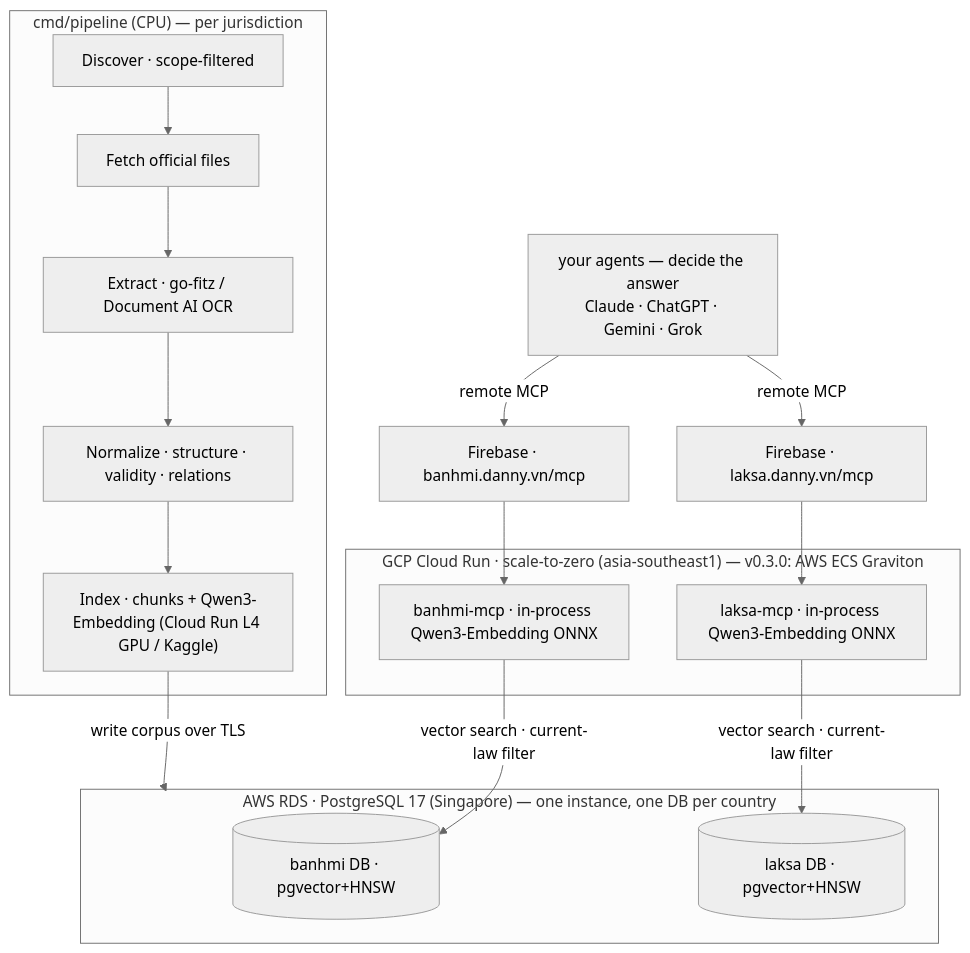
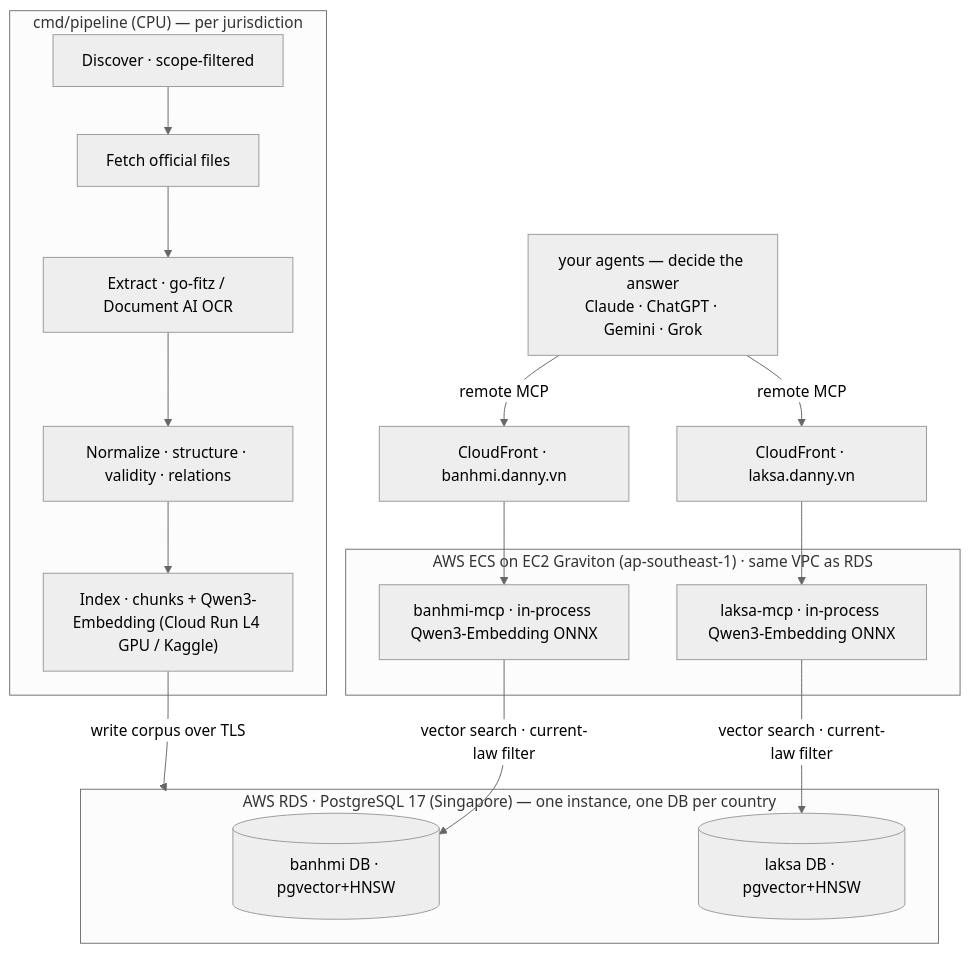
The diagram in README.md (dannyota/banhmi), drawn with Mermaid (neutral theme) before and after one commit. The commit also changed other lines of this file and 5 other files, not shown here.

First line of the commit message:
docs: GCP teardown complete — AWS is sole prod, canonical DB names

````diff
--- a/README.md
+++ b/README.md
@@ -89,26 +89,26 @@
 ```mermaid
 flowchart TB
   subgraph LOCAL["cmd/pipeline (CPU) — per jurisdiction"]
     DISC["Discover · scope-filtered"] --> DL["Fetch official files"]
     DL --> EXT["Extract · go-fitz / Document AI OCR"]
     EXT --> NORM["Normalize · structure · validity · relations"]
     NORM --> IDX["Index · chunks + Qwen3-Embedding (Cloud Run L4 GPU / Kaggle)"]
   end
 
   subgraph RDS["AWS RDS · PostgreSQL 17 (Singapore) — one instance, one DB per country"]
     PGVN[("banhmi DB · pgvector+HNSW")]
     PGMY[("laksa DB · pgvector+HNSW")]
   end
 
-  subgraph CR["GCP Cloud Run · scale-to-zero (asia-southeast1) — v0.3.0: AWS ECS Graviton"]
+  subgraph ECS["AWS ECS on EC2 Graviton (ap-southeast-1) · same VPC as RDS"]
     MCPVN["banhmi-mcp · in-process Qwen3-Embedding ONNX"]
     MCPMY["laksa-mcp · in-process Qwen3-Embedding ONNX"]
   end
 
   IDX -->|write corpus over TLS| RDS
   MCPVN -->|vector search · current-law filter| PGVN
   MCPMY -->|vector search · current-law filter| PGMY
-  FBVN["Firebase · banhmi.danny.vn/mcp"] --> MCPVN
-  FBMY["Firebase · laksa.danny.vn/mcp"] --> MCPMY
-  USERS["your agents — decide the answer<br/>Claude · ChatGPT · Gemini · Grok"] -->|remote MCP| FBVN & FBMY
+  CFVN["CloudFront · banhmi.danny.vn"] --> MCPVN
+  CFMY["CloudFront · laksa.danny.vn"] --> MCPMY
+  USERS["your agents — decide the answer<br/>Claude · ChatGPT · Gemini · Grok"] -->|remote MCP| CFVN & CFMY
 ```
````
